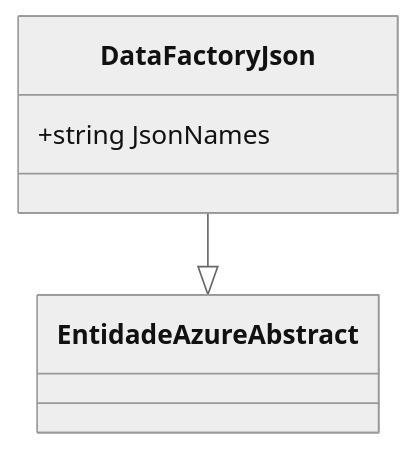
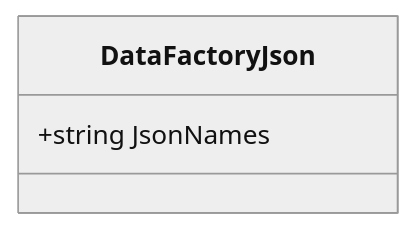
The diagram in docs/b2b-dominio/IsthmusWinthor.Nucleo/IsthmusWinthor.Dominio/EntidadesAzure/DataFactoryJson.md (IsthmusSistemas/documentacao-tecnica), drawn with Mermaid (neutral theme) before and after one commit. The commit also changed other lines of this file and 882 other files, not shown here.

````diff
--- a/docs/b2b-dominio/IsthmusWinthor.Nucleo/IsthmusWinthor.Dominio/EntidadesAzure/DataFactoryJson.md
+++ b/docs/b2b-dominio/IsthmusWinthor.Nucleo/IsthmusWinthor.Dominio/EntidadesAzure/DataFactoryJson.md
@@ -15,9 +21,6 @@
 ```mermaid
 classDiagram
     class DataFactoryJson {
         +string JsonNames
     }
-    class EntidadeAzureAbstract {
-    }
-    DataFactoryJson --|> EntidadeAzureAbstract
 ```
````
